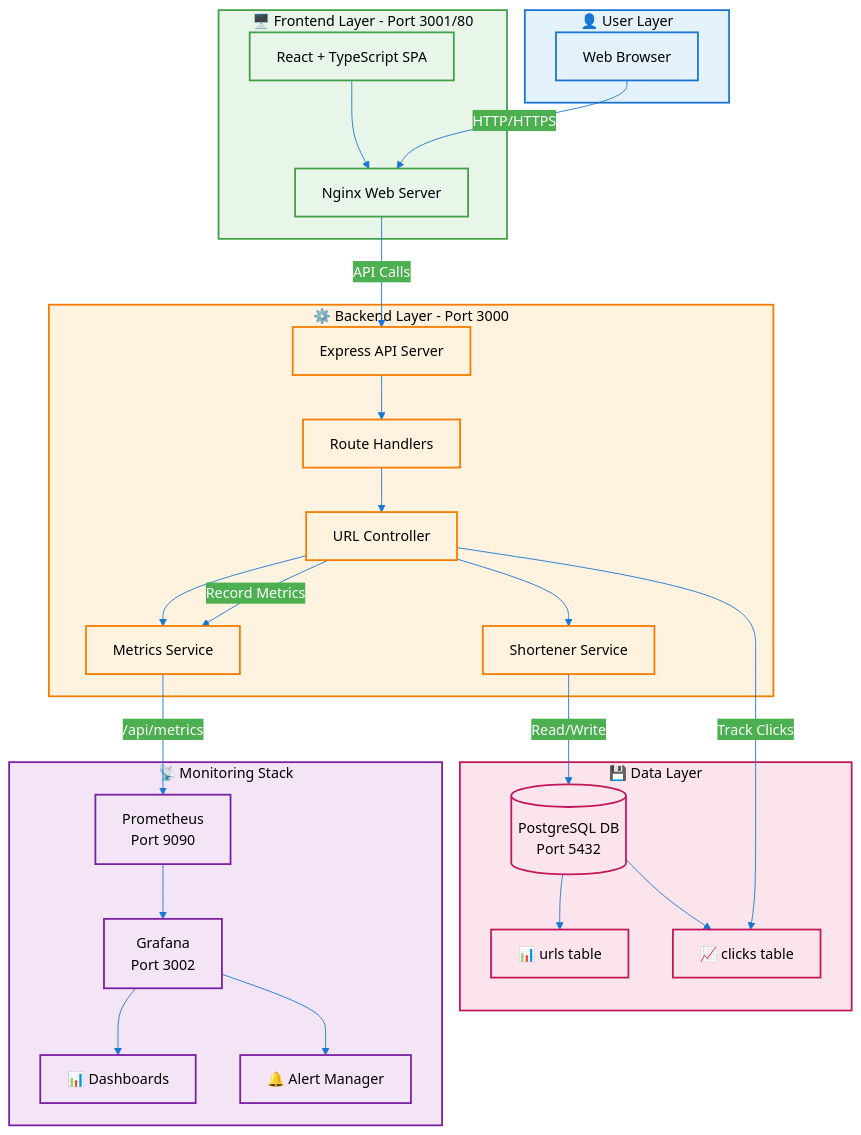
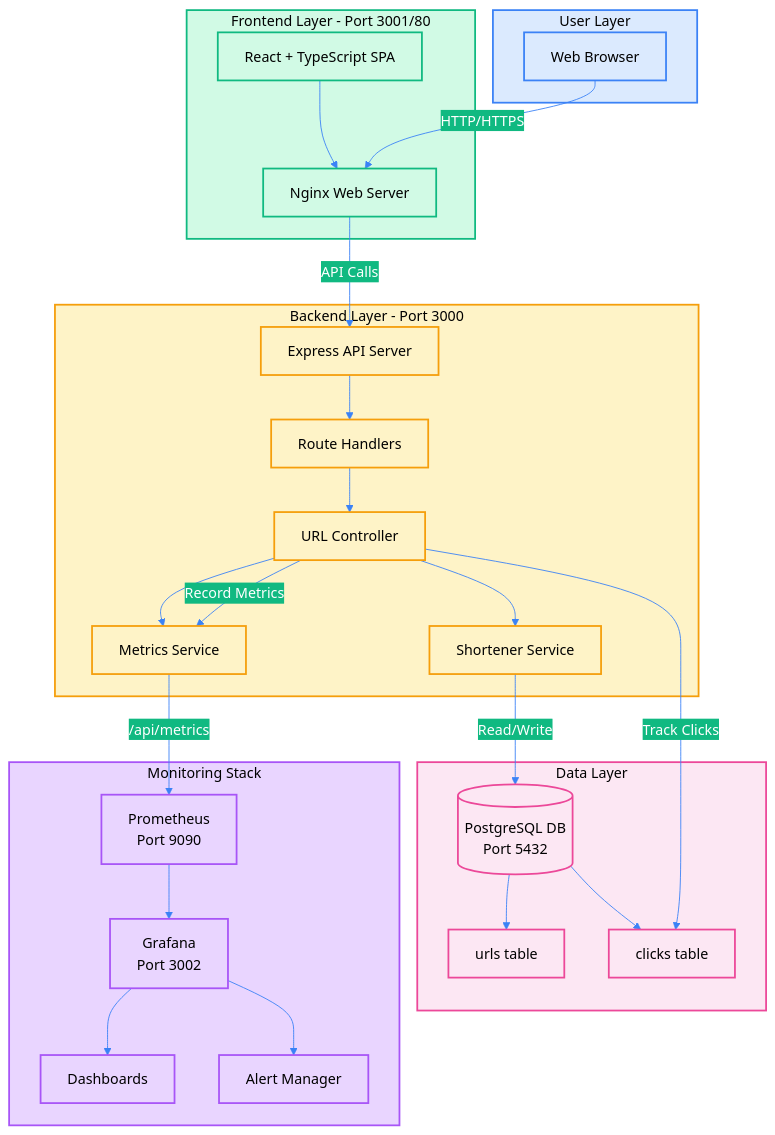
Before and after one commit to youssefyr/Depi-URL-Shorter: the diagram in DEV_README.md, drawn with Mermaid. The commit also changed other lines of this file and 1651 other files, not shown here.

````diff
--- a/DEV_README.md
+++ b/DEV_README.md
@@ -33,65 +44,65 @@
 ```mermaid
-%%{init: {'theme':'base', 'themeVariables': { 'primaryColor':'#1e88e5','primaryTextColor':'#fff','primaryBorderColor':'#0d47a1','lineColor':'#1976d2','secondaryColor':'#4caf50','tertiaryColor':'#ff9800','noteBkgColor':'#fff3e0','noteTextColor':'#000','noteBorderColor':'#ff9800'}}}%%
+%%{init: {'theme':'base', 'themeVariables': { 'primaryColor':'#2563eb','primaryTextColor':'#fff','primaryBorderColor':'#1e40af','lineColor':'#3b82f6','secondaryColor':'#10b981','tertiaryColor':'#f59e0b','noteBkgColor':'#fef3c7','noteTextColor':'#000','noteBorderColor':'#f59e0b'}}}%%
 flowchart TB
-    subgraph UserLayer["👤 User Layer"]
+    subgraph UserLayer["User Layer"]
         U1["Web Browser"]
     end
     
-    subgraph FrontendLayer["🖥️ Frontend Layer - Port 3001/80"]
+    subgraph FrontendLayer["Frontend Layer - Port 3001/80"]
         FE["React + TypeScript SPA"]
         NGINX["Nginx Web Server"]
         FE --> NGINX
     end
     
-    subgraph BackendLayer["⚙️ Backend Layer - Port 3000"]
+    subgraph BackendLayer["Backend Layer - Port 3000"]
         API["Express API Server"]
         ROUTES["Route Handlers"]
         CTRL["URL Controller"]
         SVC["Shortener Service"]
         METRICS["Metrics Service"]
         
         API --> ROUTES
         ROUTES --> CTRL
         CTRL --> SVC
         CTRL --> METRICS
     end
     
-    subgraph DataLayer["💾 Data Layer"]
+    subgraph DataLayer["Data Layer"]
         PG[("PostgreSQL DB<br/>Port 5432")]
-        URLS["📊 urls table"]
-        CLICKS["📈 clicks table"]
+        URLS["urls table"]
+        CLICKS["clicks table"]
         
         PG --> URLS
         PG --> CLICKS
     end
     
-    subgraph MonitoringStack["📡 Monitoring Stack"]
+    subgraph MonitoringStack["Monitoring Stack"]
         PROM["Prometheus<br/>Port 9090"]
         GRAF["Grafana<br/>Port 3002"]
-        DASH["📊 Dashboards"]
-        ALERTS["🔔 Alert Manager"]
+        DASH["Dashboards"]
+        ALERTS["Alert Manager"]
         
         PROM --> GRAF
         GRAF --> DASH
         GRAF --> ALERTS
     end
     
     U1 -->|"HTTP/HTTPS"| NGINX
     NGINX -->|"API Calls"| API
     SVC -->|"Read/Write"| PG
     CTRL -->|"Track Clicks"| CLICKS
     CTRL -->|"Record Metrics"| METRICS
     METRICS -->|"/api/metrics"| PROM
     
-    classDef userStyle fill:#e3f2fd,stroke:#1976d2,stroke-width:2px,color:#000
-    classDef frontendStyle fill:#e8f5e9,stroke:#43a047,stroke-width:2px,color:#000
-    classDef backendStyle fill:#fff3e0,stroke:#f57c00,stroke-width:2px,color:#000
-    classDef dataStyle fill:#fce4ec,stroke:#c2185b,stroke-width:2px,color:#000
-    classDef monitoringStyle fill:#f3e5f5,stroke:#7b1fa2,stroke-width:2px,color:#000
+    classDef userStyle fill:#dbeafe,stroke:#3b82f6,stroke-width:2px,color:#000
+    classDef frontendStyle fill:#d1fae5,stroke:#10b981,stroke-width:2px,color:#000
+    classDef backendStyle fill:#fef3c7,stroke:#f59e0b,stroke-width:2px,color:#000
+    classDef dataStyle fill:#fce7f3,stroke:#ec4899,stroke-width:2px,color:#000
+    classDef monitoringStyle fill:#e9d5ff,stroke:#a855f7,stroke-width:2px,color:#000
     
     class U1,UserLayer userStyle
     class FE,NGINX,FrontendLayer frontendStyle
     class API,ROUTES,CTRL,SVC,METRICS,BackendLayer backendStyle
     class PG,URLS,CLICKS,DataLayer dataStyle
     class PROM,GRAF,DASH,ALERTS,MonitoringStack monitoringStyle
 ```
````
